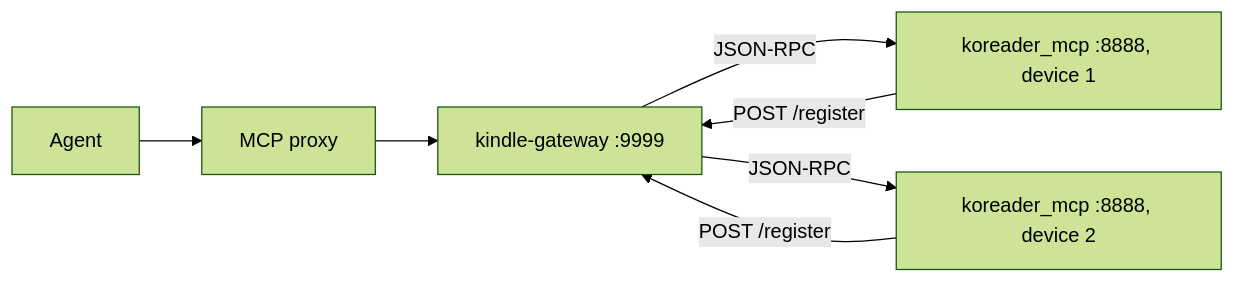
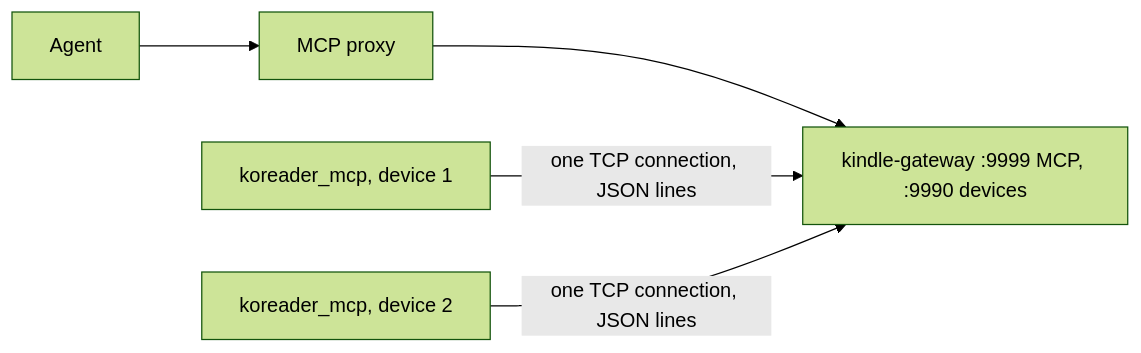
One commit to luutuankiet/koreader-ppw3 changed the diagram in docs/architecture/device-bridge.md. Above: the diagram before and after it, drawn with Mermaid (forest theme). The commit also changed other lines of this file and 10 other files, not shown here.

````diff
--- a/docs/architecture/device-bridge.md
+++ b/docs/architecture/device-bridge.md
@@ -11,9 +11,7 @@
 ```mermaid
 flowchart LR
     A[Agent] --> P[MCP proxy]
-    P --> GW[kindle-gateway :9999]
-    GW -->|JSON-RPC| K1[koreader_mcp :8888, device 1]
-    GW -->|JSON-RPC| K2[koreader_mcp :8888, device 2]
-    K1 -->|POST /register| GW
-    K2 -->|POST /register| GW
+    P --> GW[kindle-gateway :9999 MCP, :9990 devices]
+    K1[koreader_mcp, device 1] -->|one TCP connection, JSON lines| GW
+    K2[koreader_mcp, device 2] -->|one TCP connection, JSON lines| GW
 ```
````
